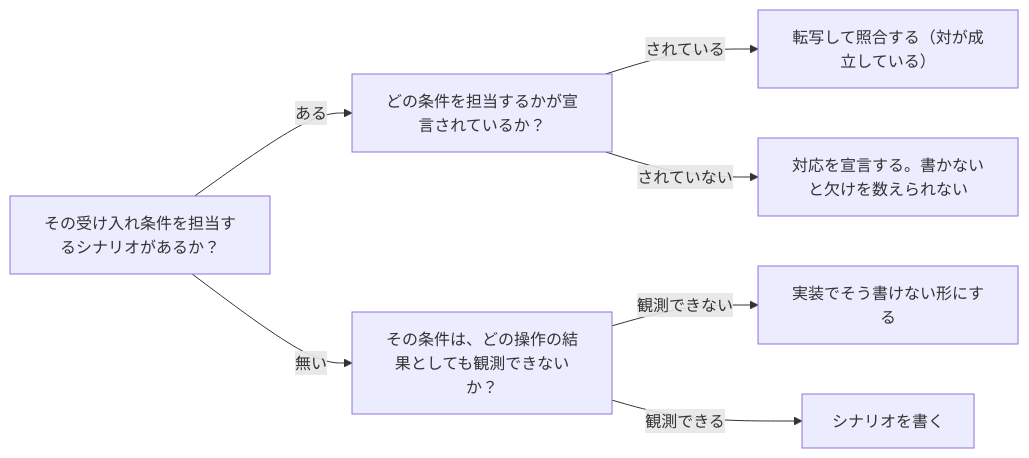
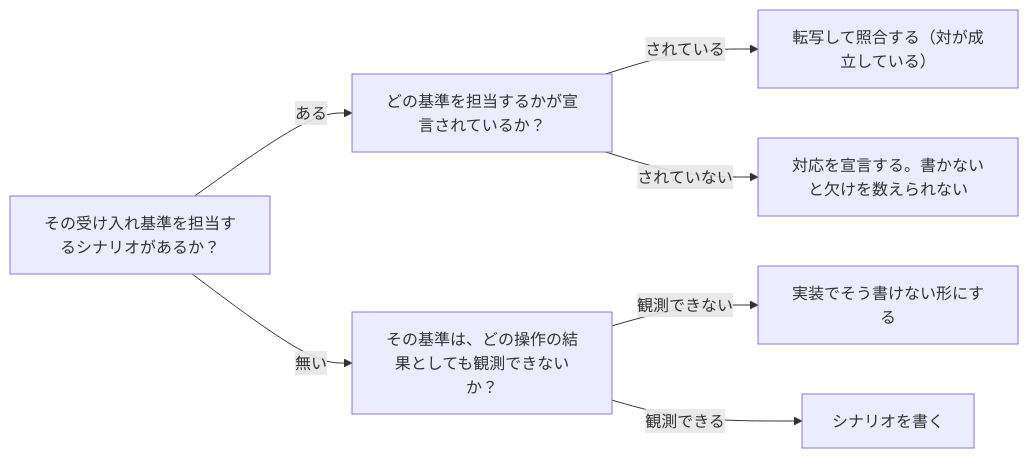
One commit to daidaiiro-519/waffle changed the diagram in .waffle/knowledge/ACTIVE/knowledge-cand-one-binding-for-all-contract-levels.md. Above: the diagram before and after it, drawn with Mermaid. The commit also changed other lines of this file and 6 other files, not shown here.

````diff
--- a/.waffle/knowledge/ACTIVE/knowledge-cand-one-binding-for-all-contract-levels.md
+++ b/.waffle/knowledge/ACTIVE/knowledge-cand-one-binding-for-all-contract-levels.md
@@ -72,16 +72,16 @@
 ```mermaid
 flowchart LR
-    q1["その受け入れ条件を担当するシナリオがあるか？"]
-    q2["どの条件を担当するかが宣言されているか？"]
-    q3["その条件は、どの操作の結果としても観測できないか？"]
+    q1["その受け入れ基準を担当するシナリオがあるか？"]
+    q2["どの基準を担当するかが宣言されているか？"]
+    q3["その基準は、どの操作の結果としても観測できないか？"]
     r1["転写して照合する（対が成立している）"]
     r2["対応を宣言する。書かないと欠けを数えられない"]
     r3["シナリオを書く"]
     r4["実装でそう書けない形にする"]
     q1 -->|"ある"| q2
     q1 -->|"無い"| q3
     q2 -->|"されている"| r1
     q2 -->|"されていない"| r2
     q3 -->|"観測できない"| r4
     q3 -->|"観測できる"| r3
 ```
````
